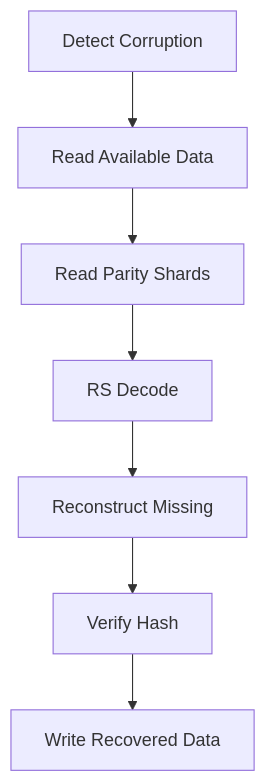
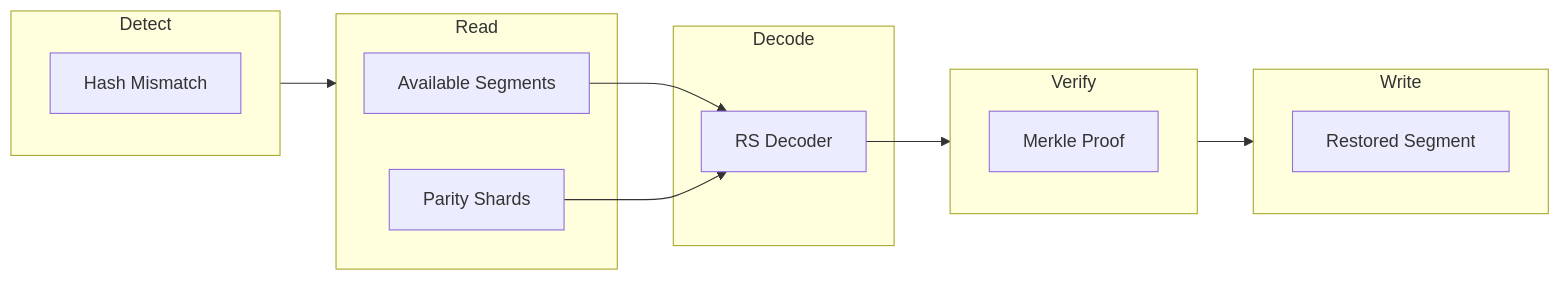
The third of 5 diagrams in readme.md (crushr3sist/blockframe-rs), drawn with Mermaid before and after one commit. The commit also changed other lines of this file, not shown here.

Commit message:
docs: redesign mermaid diagrams with systems design style layout

````diff
--- a/readme.md
+++ b/readme.md
@@ -107,9 +129,29 @@
 ```mermaid
-flowchart TD
-    A[Detect Corruption] --> B[Read Available Data]
-    B --> C[Read Parity Shards]
-    C --> D[RS Decode]
-    D --> E[Reconstruct Missing]
-    E --> F[Verify Hash]
-    F --> G[Write Recovered Data]
+flowchart LR
+    subgraph Detect
+        A["Hash Mismatch"]
+    end
+
+    subgraph Read
+        B["Available Segments"]
+        C["Parity Shards"]
+    end
+
+    subgraph Decode
+        D["RS Decoder"]
+    end
+
+    subgraph Verify
+        E["Merkle Proof"]
+    end
+
+    subgraph Write
+        F["Restored Segment"]
+    end
+
+    Detect --> Read
+    B --> D
+    C --> D
+    D --> Verify
+    Verify --> Write
 ```
````
